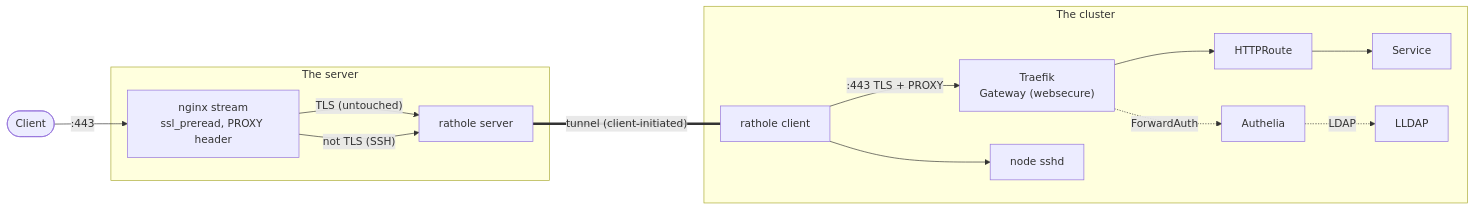
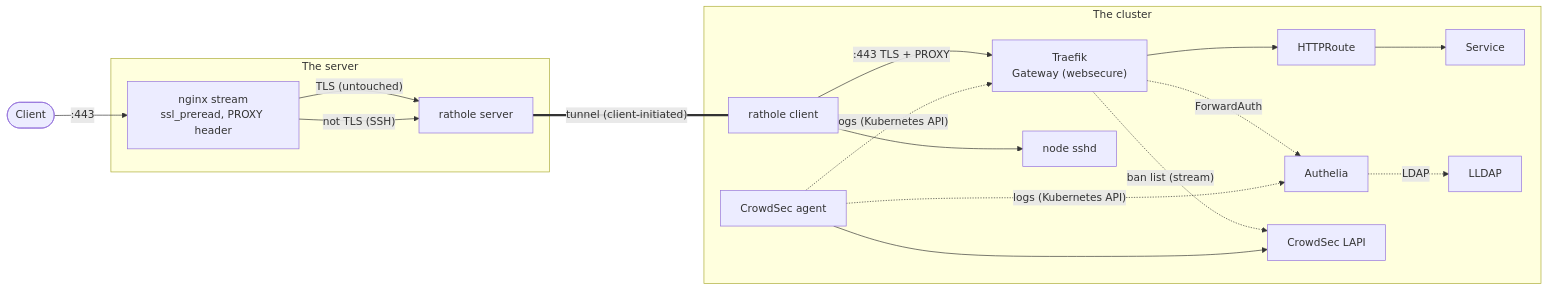
Before and after one commit to rafi/machines: the second of 5 diagrams in docs/architecture.md, drawn with Mermaid. The commit also changed other lines of this file and 23 other files, not shown here.

````diff
--- a/docs/architecture.md
+++ b/docs/architecture.md
@@ -41,14 +41,17 @@
 ```mermaid
 flowchart LR
   user(["Client"]) -- ":443" --> stream
   subgraph vps["The server"]
     stream["nginx stream<br/>ssl_preread, PROXY header"] -- "TLS (untouched)" --> rs["rathole server"]
     stream -- "not TLS (SSH)" --> rs
   end
   subgraph home["The cluster"]
     rc["rathole client"] -- ":443 TLS + PROXY" --> gw["Traefik<br/>Gateway (websecure)"] --> route["HTTPRoute"] --> svc["Service"]
     gw -. "ForwardAuth" .-> authelia["Authelia"] -. "LDAP" .-> lldap["LLDAP"]
+    gw -. "ban list (stream)" .-> lapi["CrowdSec LAPI"]
+    agent["CrowdSec agent"] -. "logs (Kubernetes API)" .-> gw & authelia
+    agent --> lapi
     rc --> sshd["node sshd"]
   end
   rs == "tunnel (client-initiated)" === rc
 ```
````
